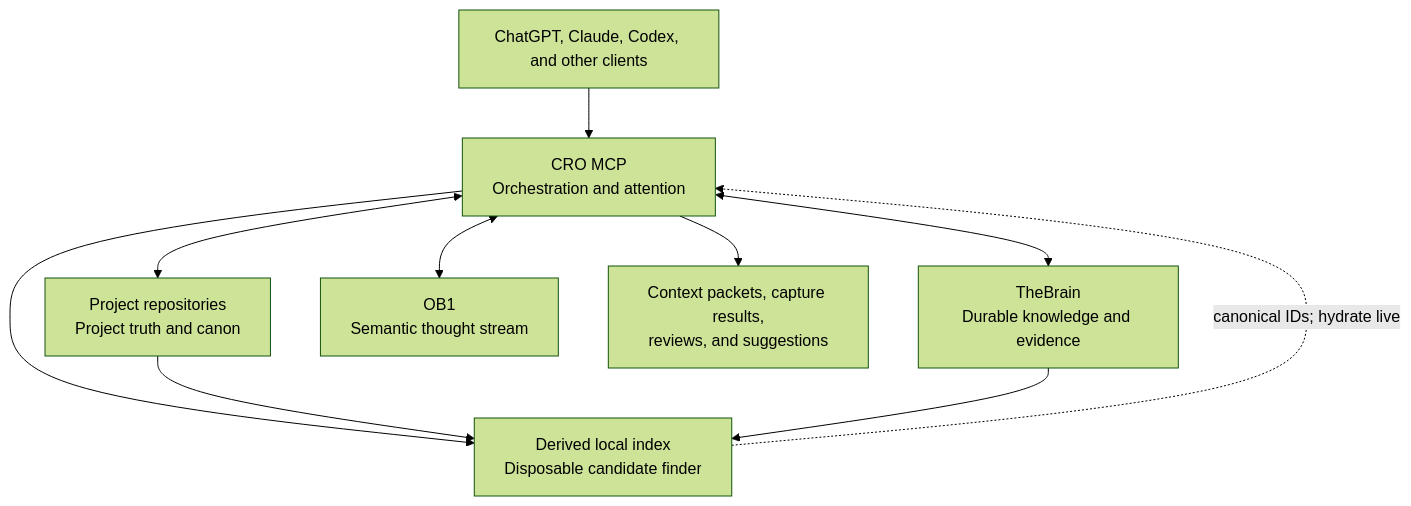
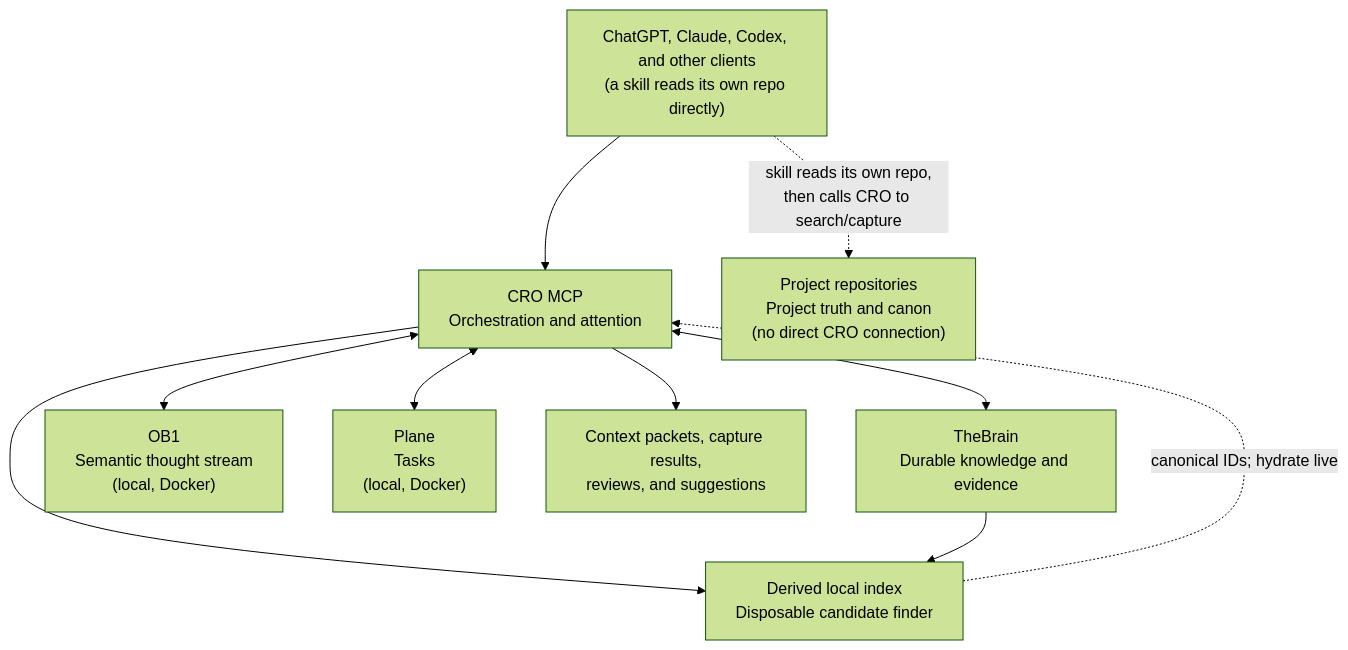
One commit to KeithBarrows/Cognitive-Research-Orchestrator changed the diagram in docs/architecture/01-cognitive-model.mmd. Above: the diagram before and after it, drawn with Mermaid (forest theme). The commit also changed 20 other files, not shown here.

First line of the commit message:
📐 Enforce no-direct-repo-read rule across architecture docs; add dev overview

```diff
--- a/docs/architecture/01-cognitive-model.mmd
+++ b/docs/architecture/01-cognitive-model.mmd
@@ -1,10 +1,11 @@
 flowchart TD
-    C["ChatGPT, Claude, Codex, and other clients"] --> M["CRO MCP<br/>Orchestration and attention"]
-    M <--> R["Project repositories<br/>Project truth and canon"]
+    C["ChatGPT, Claude, Codex, and other clients<br/>(a skill reads its own repo directly)"] --> M["CRO MCP<br/>Orchestration and attention"]
     M <--> T["TheBrain<br/>Durable knowledge and evidence"]
-    M <--> O["OB1<br/>Semantic thought stream"]
+    M <--> O["OB1<br/>Semantic thought stream<br/>(local, Docker)"]
+    M <--> PL["Plane<br/>Tasks<br/>(local, Docker)"]
     M --> I["Derived local index<br/>Disposable candidate finder"]
-    R --> I
     T --> I
     I -. "canonical IDs; hydrate live" .-> M
     M --> X["Context packets, capture results,<br/>reviews, and suggestions"]
+    REPO["Project repositories<br/>Project truth and canon<br/>(no direct CRO connection)"]
+    C -. "skill reads its own repo,<br/>then calls CRO to search/capture" .-> REPO
```
